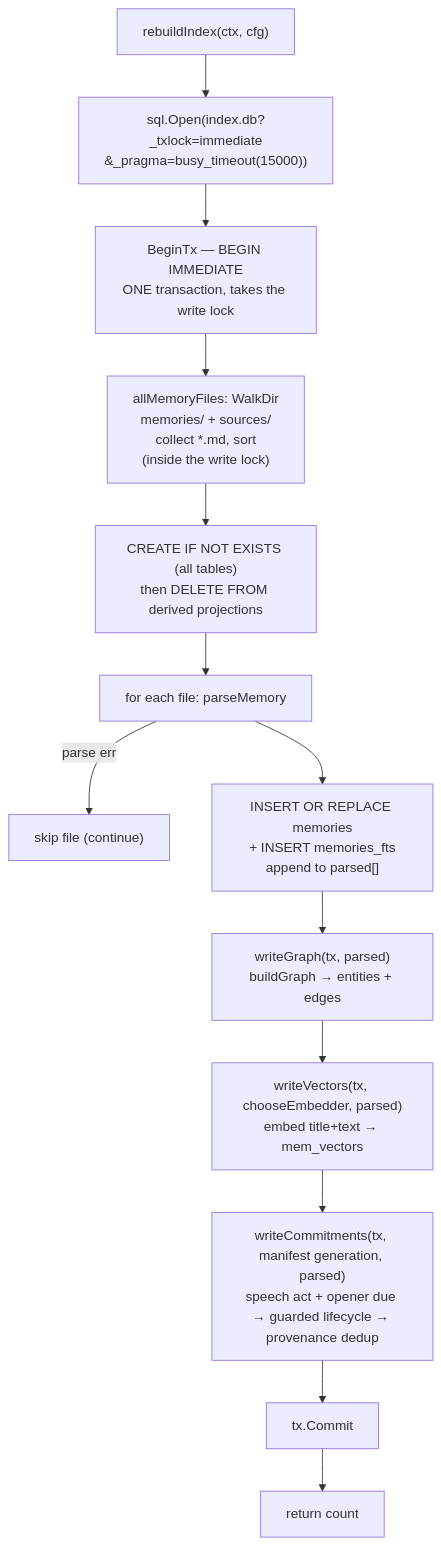
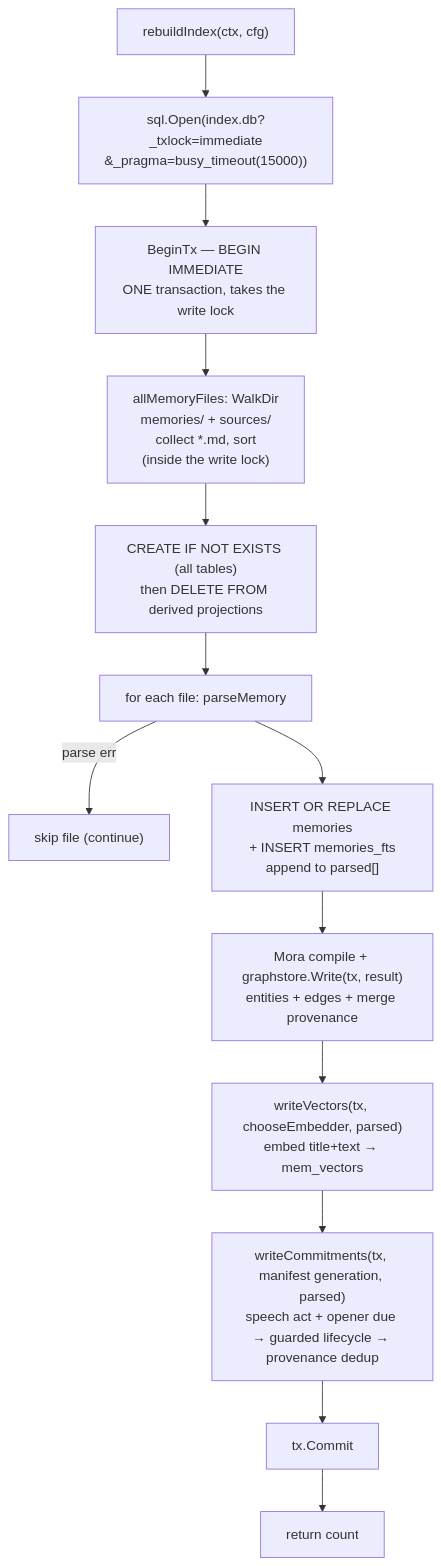
One commit to pyranthus-hq/mora changed the fourth of 4 diagrams in docs/architecture/01-data-model-and-storage.md. Above: the diagram before and after it, drawn with Mermaid. The commit also changed other lines of this file and 7 other files, not shown here.

Commit message:
refactor(graphstore): extract SQL projection boundary

````diff
--- a/docs/architecture/01-data-model-and-storage.md
+++ b/docs/architecture/01-data-model-and-storage.md
@@ -263,15 +264,15 @@
 ```mermaid
 flowchart TD
     START["rebuildIndex(ctx, cfg)"] --> OPEN["sql.Open(index.db?_txlock=immediate<br/>&_pragma=busy_timeout(15000))"]
     OPEN --> TX["BeginTx — BEGIN IMMEDIATE<br/>ONE transaction, takes the write lock"]
     TX --> WALK["allMemoryFiles: WalkDir<br/>memories/ + sources/<br/>collect *.md, sort<br/>(inside the write lock)"]
     WALK --> DDL["CREATE IF NOT EXISTS (all tables)<br/>then DELETE FROM derived projections"]
     DDL --> LOOP["for each file: parseMemory"]
     LOOP -->|"parse err"| SKIPF["skip file (continue)"]
     LOOP --> INS["INSERT OR REPLACE memories<br/>+ INSERT memories_fts<br/>append to parsed[]"]
-    INS --> GRAPH["writeGraph(tx, parsed)<br/>buildGraph → entities + edges"]
+    INS --> GRAPH["Mora compile + graphstore.Write(tx, result)<br/>entities + edges + merge provenance"]
     GRAPH --> VEC["writeVectors(tx, chooseEmbedder, parsed)<br/>embed title+text → mem_vectors"]
     VEC --> OBL["writeCommitments(tx, manifest generation, parsed)<br/>speech act + opener due → guarded lifecycle → provenance dedup"]
     OBL --> COMMIT["tx.Commit"]
     COMMIT --> N["return count"]
 ```
````
